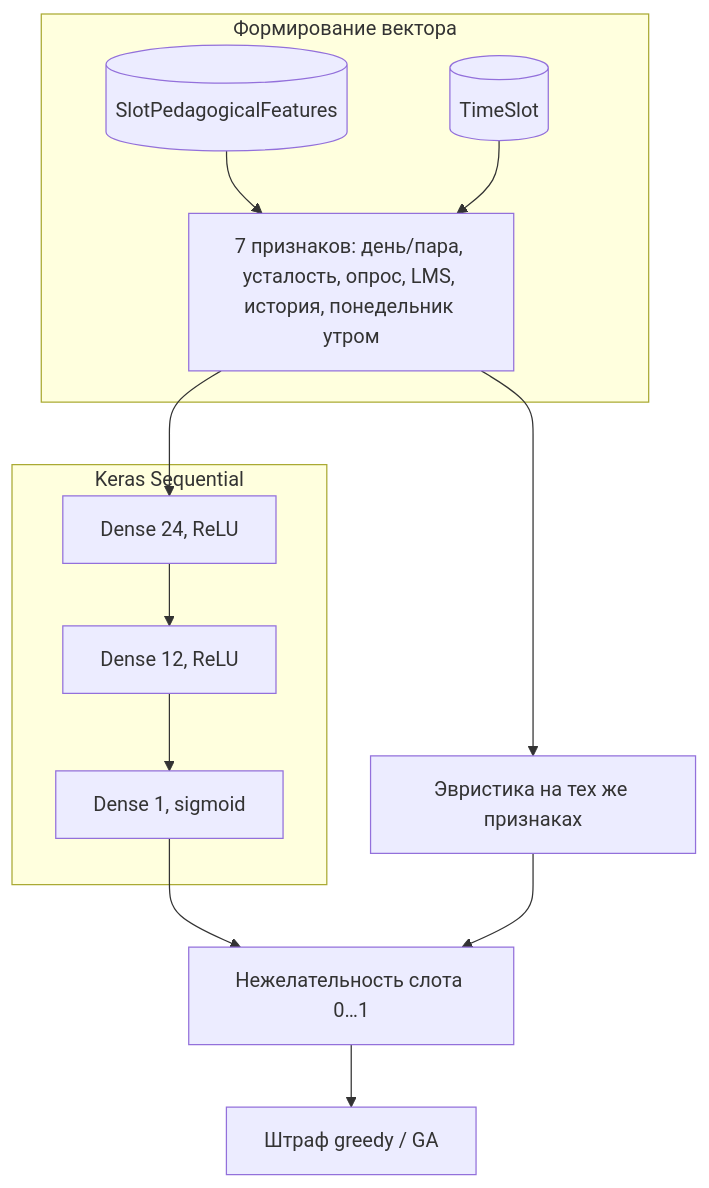
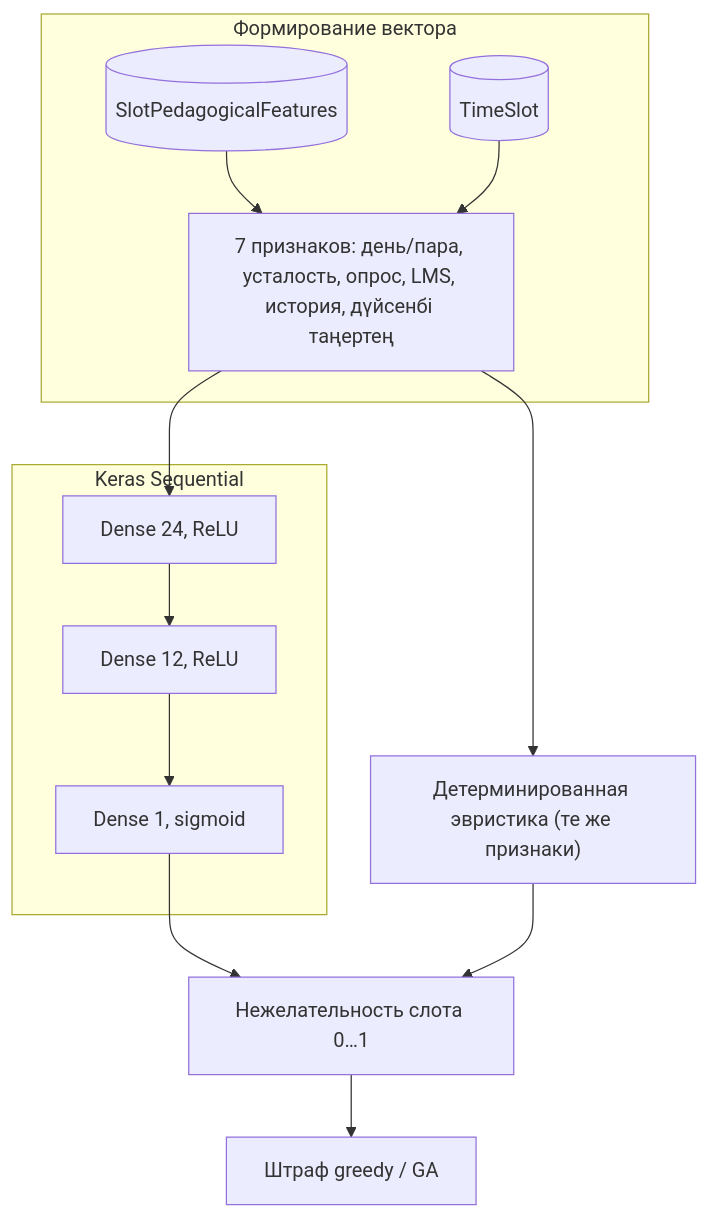
One commit to Remo000000/MATIKA_PROTOTYPE changed the diagram in README.md. Above: the diagram before and after it, drawn with Mermaid. The commit also changed other lines of this file and 5 other files, not shown here.

````diff
--- a/README.md
+++ b/README.md
@@ -74,21 +74,21 @@
 ```mermaid
 flowchart TB
     subgraph feat [Формирование вектора]
         SPF[(SlotPedagogicalFeatures)]
         TS[(TimeSlot)]
-        V["7 признаков: день/пара, усталость, опрос, LMS, история, понедельник утром"]
+        V["7 признаков: день/пара, усталость, опрос, LMS, история, дүйсенбі таңертең"]
     end
     subgraph keras [Keras Sequential]
         L1["Dense 24, ReLU"]
         L2["Dense 12, ReLU"]
         L3["Dense 1, sigmoid"]
     end
-    H["Эвристика на тех же признаках"]
+    H["Детерминированная эвристика (те же признаки)"]
     OUT["Нежелательность слота 0…1"]
     PEN["Штраф greedy / GA"]
     SPF --> V
     TS --> V
     V --> L1 --> L2 --> L3 --> OUT
     V --> H --> OUT
     OUT --> PEN
 ```
````
